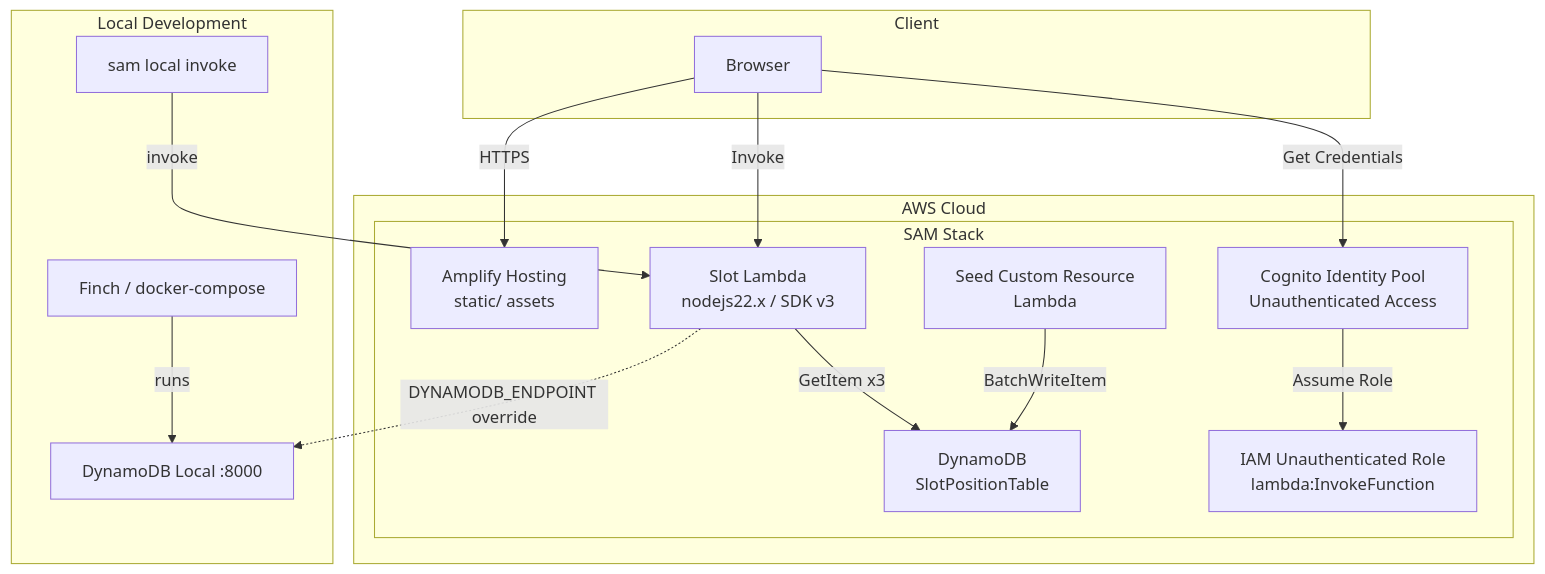
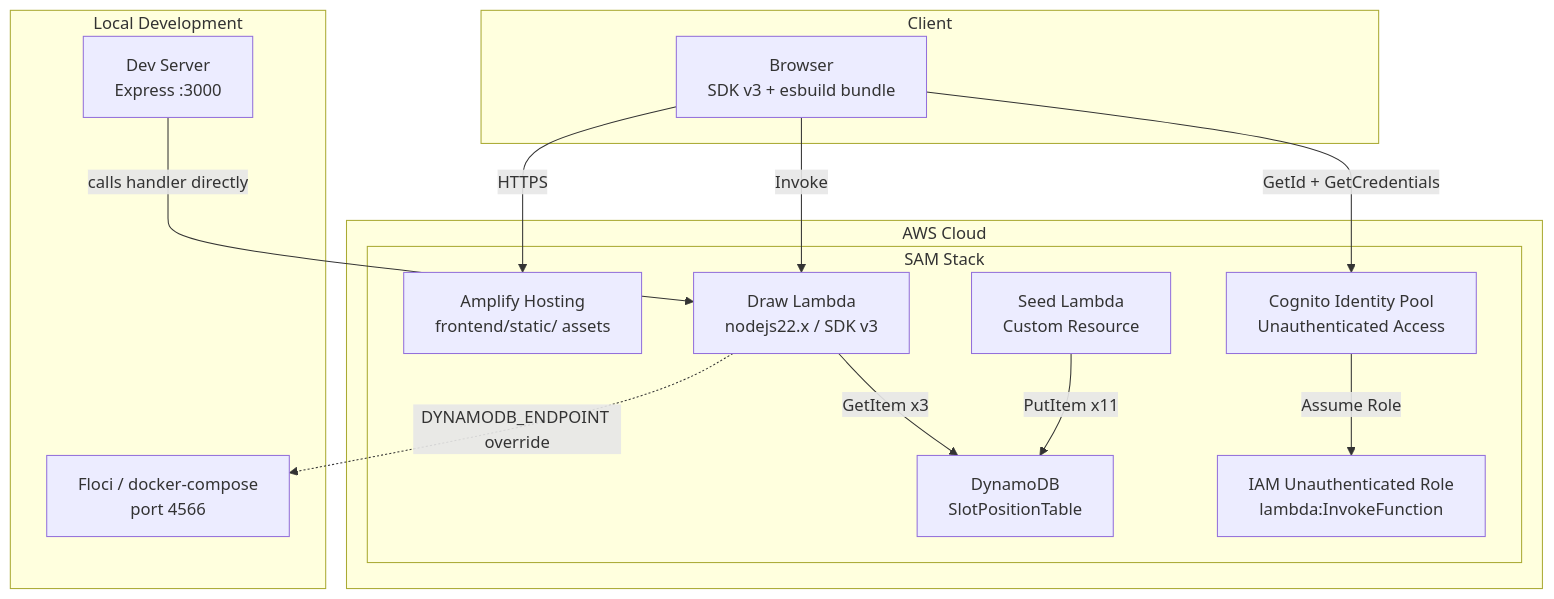
The diagram in .kiro/specs/slot-machine-cdk-infra/design.md (artur-sobczyk/demo-slot-machine), drawn with Mermaid before and after one commit. The commit also changed other lines of this file and 1 other file, not shown here.

````diff
--- a/.kiro/specs/slot-machine-cdk-infra/design.md
+++ b/.kiro/specs/slot-machine-cdk-infra/design.md
@@ -21,34 +25,32 @@
 ```mermaid
 graph TD
     subgraph "AWS Cloud"
         subgraph "SAM Stack"
-            AMPLIFY[Amplify Hosting<br/>static/ assets]
+            AMPLIFY[Amplify Hosting<br/>frontend/static/ assets]
             COGNITO[Cognito Identity Pool<br/>Unauthenticated Access]
-            LAMBDA[Slot Lambda<br/>nodejs22.x / SDK v3]
+            LAMBDA[Draw Lambda<br/>nodejs22.x / SDK v3]
             DYNAMO[DynamoDB<br/>SlotPositionTable]
-            SEED[Seed Custom Resource<br/>Lambda]
+            SEED[Seed Lambda<br/>Custom Resource]
             IAM_ROLE[IAM Unauthenticated Role<br/>lambda:InvokeFunction]
         end
     end
 
     subgraph "Client"
-        BROWSER[Browser]
+        BROWSER[Browser<br/>SDK v3 + esbuild bundle]
     end
 
     subgraph "Local Development"
-        FINCH[Finch / docker-compose]
-        DDB_LOCAL[DynamoDB Local :8000]
-        SAM_LOCAL[sam local invoke]
+        FLOCI[Floci / docker-compose<br/>port 4566]
+        DEV_SERVER[Dev Server<br/>Express :3000]
     end
 
     BROWSER -->|HTTPS| AMPLIFY
-    BROWSER -->|Get Credentials| COGNITO
+    BROWSER -->|GetId + GetCredentials| COGNITO
     COGNITO -->|Assume Role| IAM_ROLE
     BROWSER -->|Invoke| LAMBDA
     LAMBDA -->|GetItem x3| DYNAMO
-    SEED -->|BatchWriteItem| DYNAMO
+    SEED -->|PutItem x11| DYNAMO
 
-    SAM_LOCAL -->|invoke| LAMBDA
-    LAMBDA -.->|DYNAMODB_ENDPOINT override| DDB_LOCAL
-    FINCH -->|runs| DDB_LOCAL
+    DEV_SERVER -->|calls handler directly| LAMBDA
+    LAMBDA -.->|DYNAMODB_ENDPOINT override| FLOCI
 ```
````
